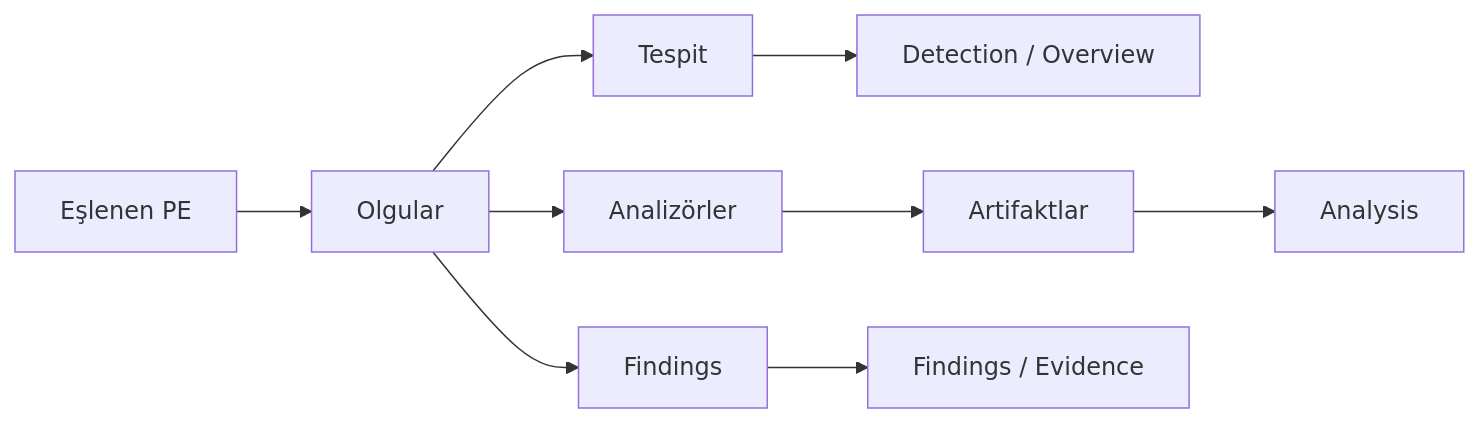
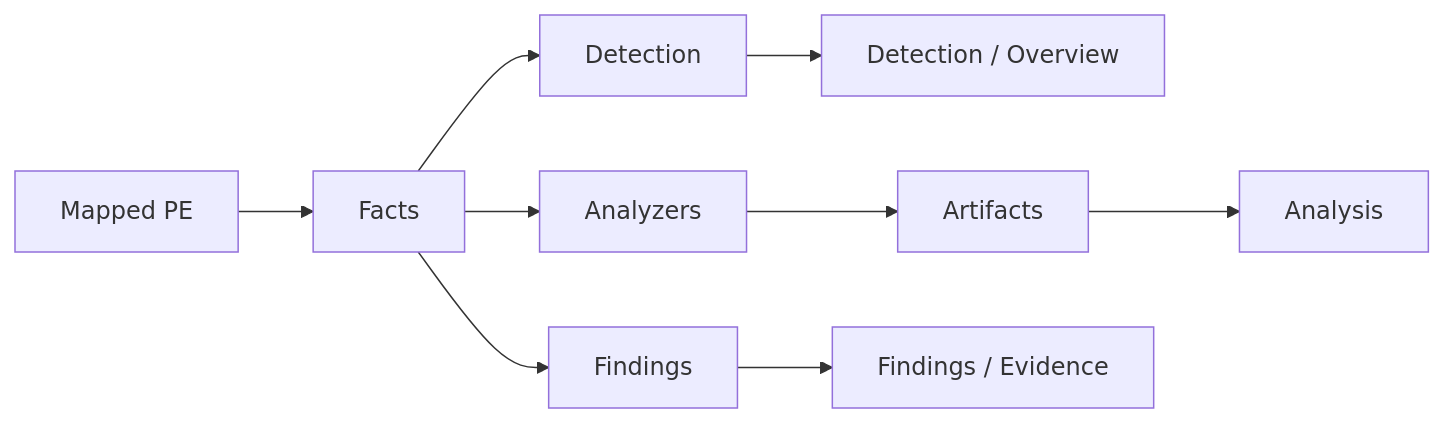
Before and after one commit to candestan/BinarySectorInspector: the diagram in docs/tr/analysis.md, drawn with Mermaid. The commit also changed other lines of this file and 8 other files, not shown here.

````diff
--- a/docs/tr/analysis.md
+++ b/docs/tr/analysis.md
@@ -5,11 +5,11 @@
 ```mermaid
 flowchart LR
-  PE[Eşlenen PE] --> Facts[Olgular]
-  Facts --> Det[Tespit]
-  Facts --> An[Analizörler]
+  PE[Mapped PE] --> Facts[Facts]
+  Facts --> Det[Detection]
+  Facts --> An[Analyzers]
   Det --> UI[Detection / Overview]
-  An --> Art[Artifaktlar]
+  An --> Art[Artifacts]
   Facts --> Fin[Findings]
   Art --> UI2[Analysis]
   Fin --> UI3[Findings / Evidence]
 ```
````
